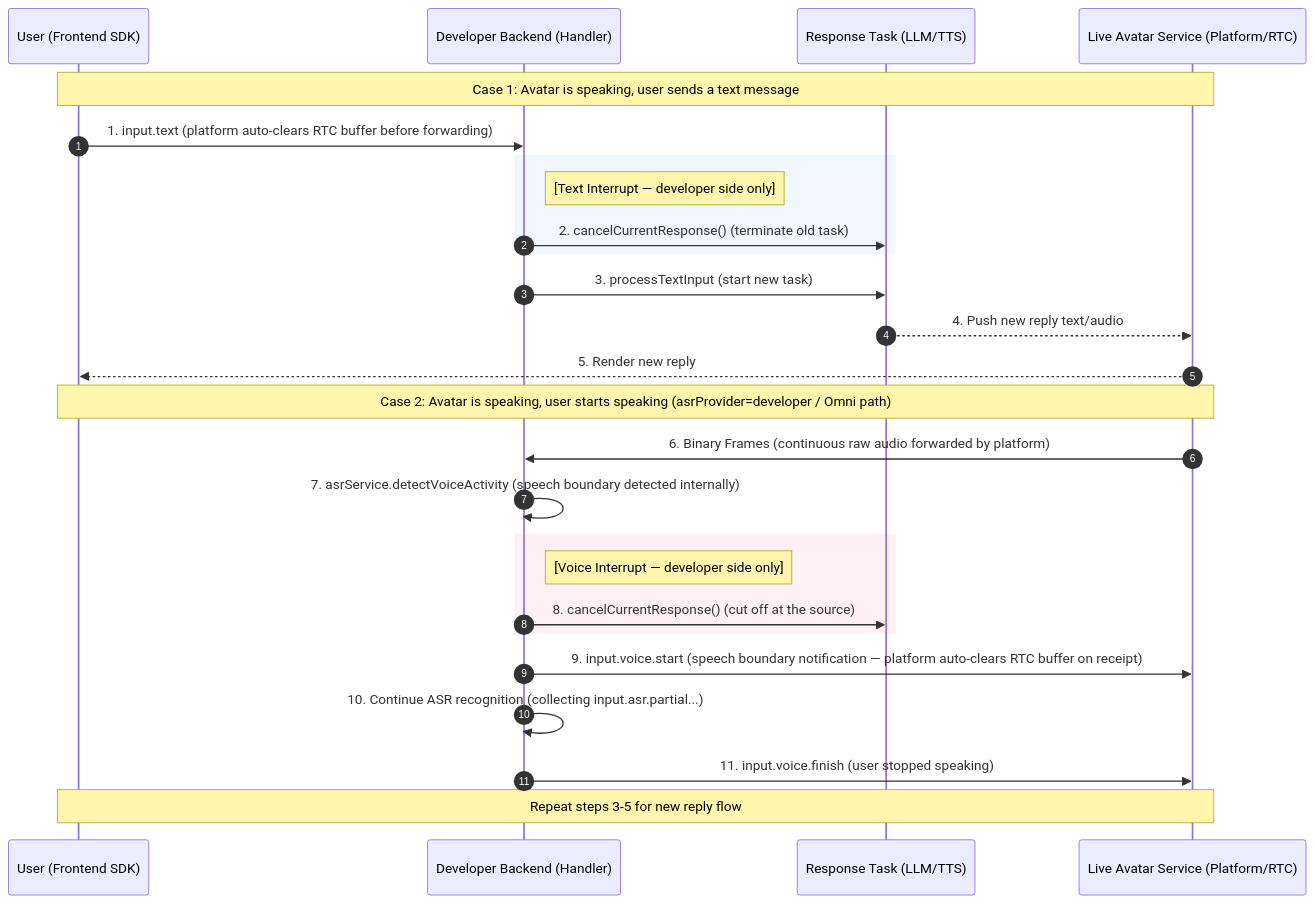
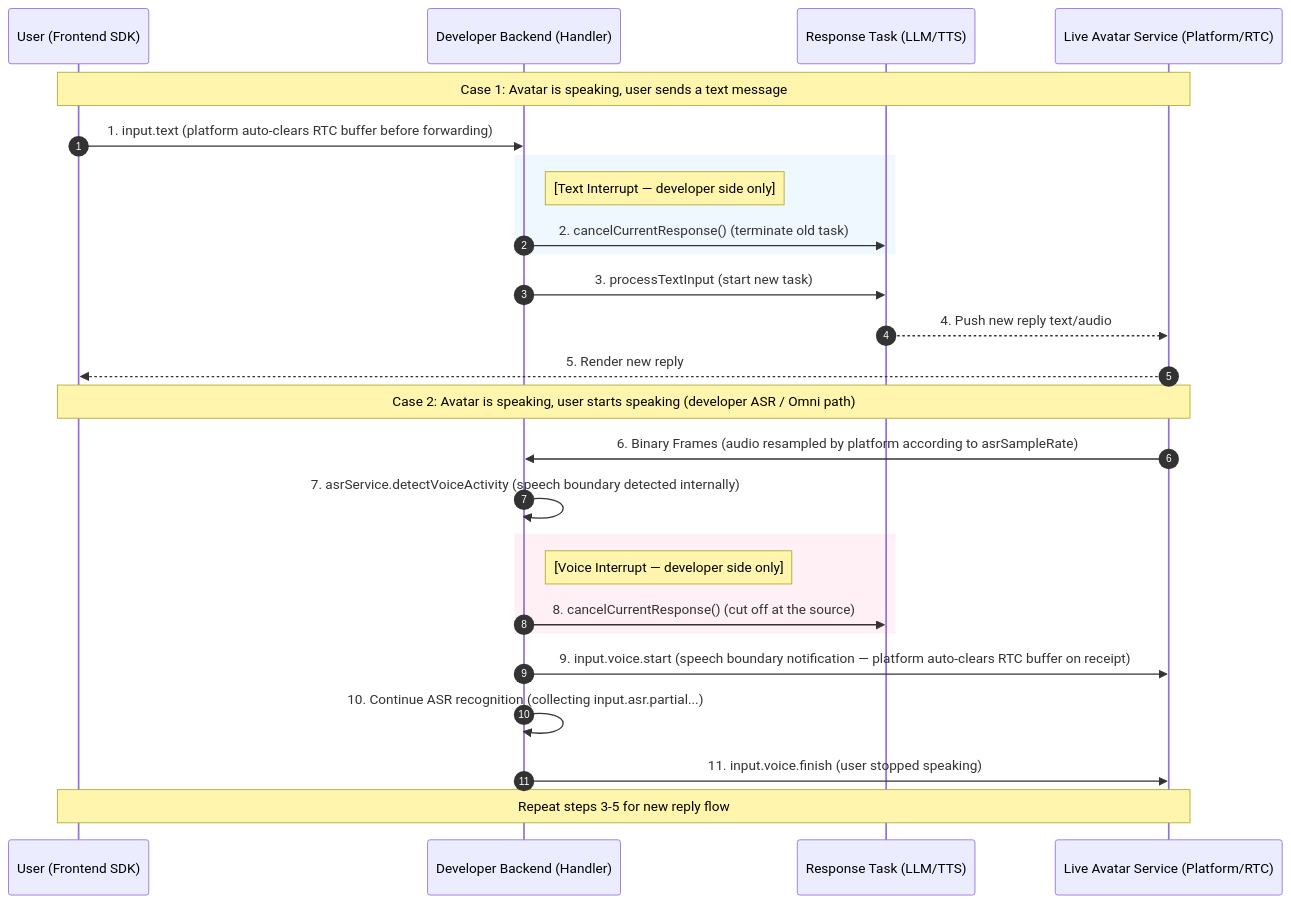
The second of 2 diagrams in PROTOCOL.md (newportAI-lab/liveavatar-integration-guide), drawn with Mermaid before and after one commit. The commit also changed other lines of this file and 2 other files, not shown here.

````diff
--- a/PROTOCOL.md
+++ b/PROTOCOL.md
@@ -355,35 +344,35 @@
 ```mermaid
 sequenceDiagram
     autonumber
     participant User as User (Frontend SDK)
     participant AppServer as Developer Backend (Handler)
     participant Task as Response Task (LLM/TTS)
     participant Avatar as Live Avatar Service (Platform/RTC)
 
     Note over User, Avatar: Case 1: Avatar is speaking, user sends a text message
     User->>AppServer: 1. input.text (platform auto-clears RTC buffer before forwarding)
 
     rect rgb(240, 248, 255)
         Note right of AppServer: [Text Interrupt — developer side only]
         AppServer->>Task: 2. cancelCurrentResponse() (terminate old task)
     end
 
     AppServer->>Task: 3. processTextInput (start new task)
     Task-->>Avatar: 4. Push new reply text/audio
     Avatar-->>User: 5. Render new reply
 
-    Note over User, Avatar: Case 2: Avatar is speaking, user starts speaking (asrProvider=developer / Omni path)
-    Avatar->>AppServer: 6. Binary Frames (continuous raw audio forwarded by platform)
+    Note over User, Avatar: Case 2: Avatar is speaking, user starts speaking (developer ASR / Omni path)
+    Avatar->>AppServer: 6. Binary Frames (audio resampled by platform according to asrSampleRate)
 
     AppServer->>AppServer: 7. asrService.detectVoiceActivity (speech boundary detected internally)
 
     rect rgb(255, 240, 245)
         Note right of AppServer: [Voice Interrupt — developer side only]
         AppServer->>Task: 8. cancelCurrentResponse() (cut off at the source)
     end
 
     AppServer->>Avatar: 9. input.voice.start (speech boundary notification — platform auto-clears RTC buffer on receipt)
     AppServer->>AppServer: 10. Continue ASR recognition (collecting input.asr.partial...)
     AppServer->>Avatar: 11. input.voice.finish (user stopped speaking)
     Note over User, Avatar: Repeat steps 3-5 for new reply flow
 ```
````
